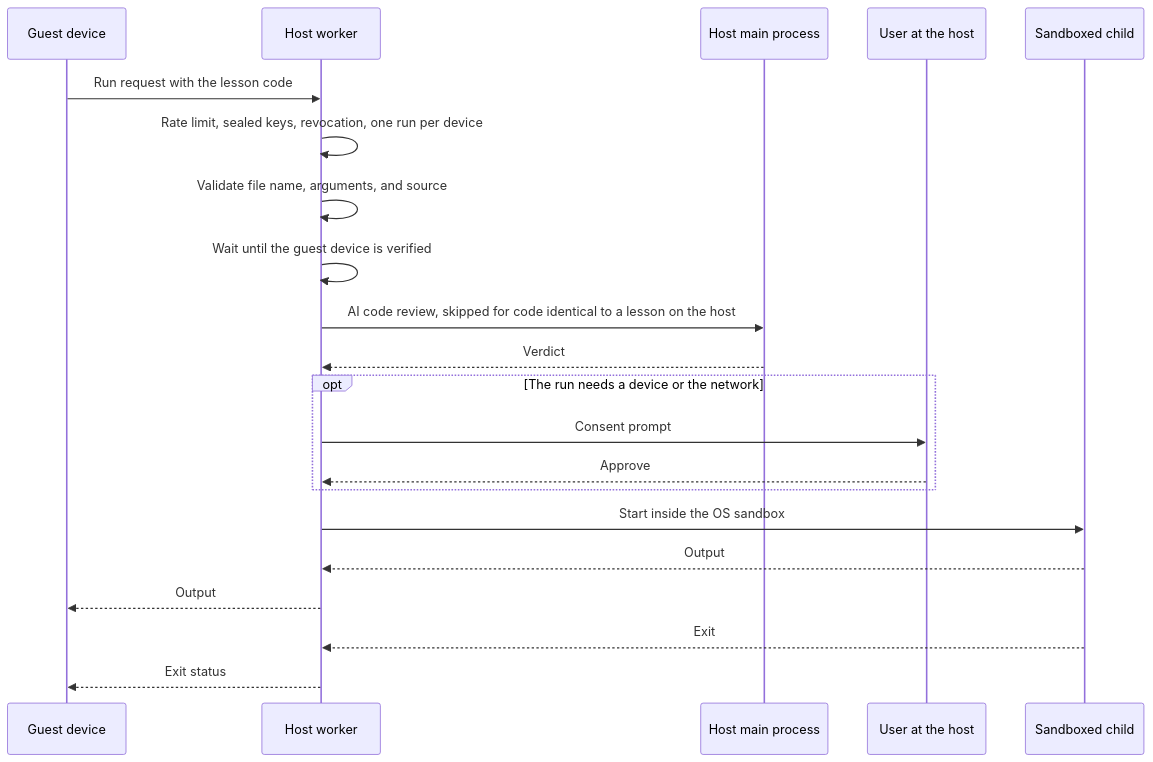
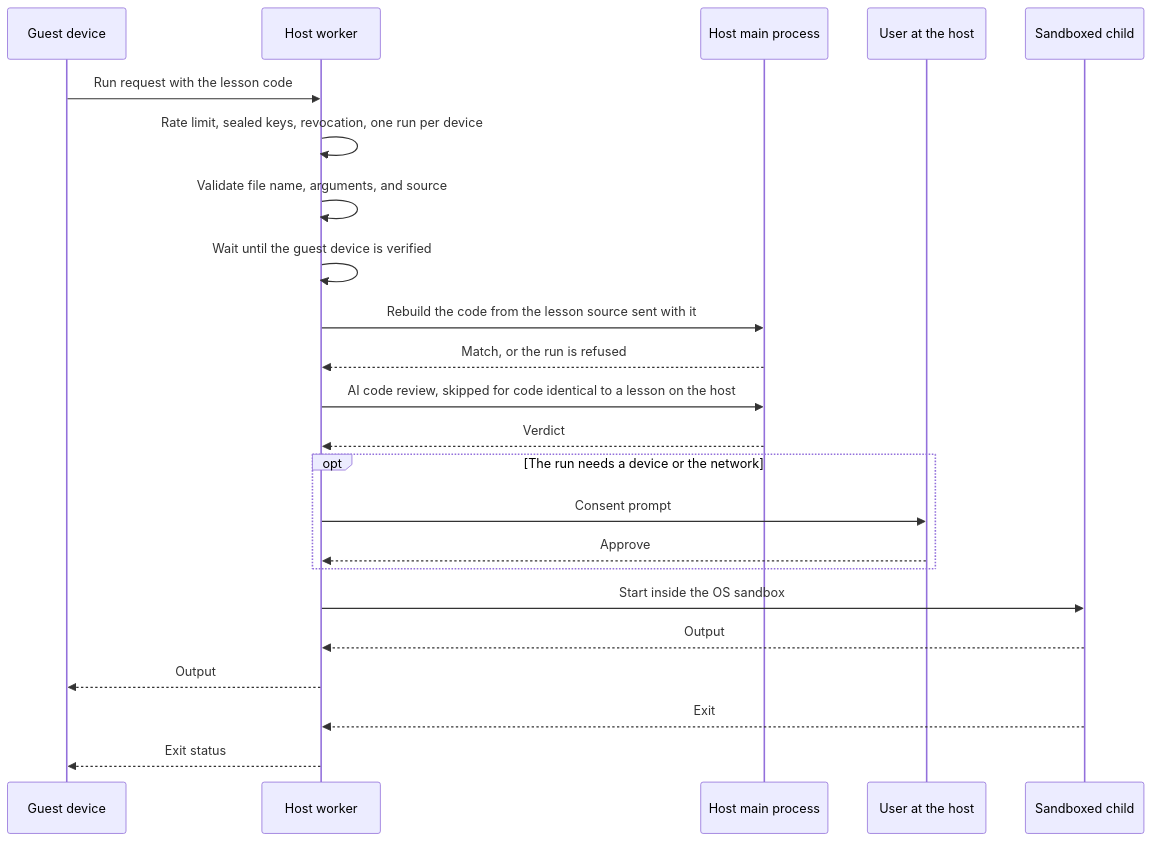
One commit to thisonedev/p2p-academy changed the third of 3 diagrams in docs/architecture/ARCHITECTURE.md. Above: the diagram before and after it, drawn with Mermaid. The commit also changed other lines of this file and 37 other files, not shown here.

````diff
--- a/docs/architecture/ARCHITECTURE.md
+++ b/docs/architecture/ARCHITECTURE.md
@@ -107,23 +107,25 @@
 ```mermaid
 sequenceDiagram
     participant G as Guest device
     participant H as Host worker
     participant M as Host main process
     participant U as User at the host
     participant C as Sandboxed child
     G->>H: Run request with the lesson code
     H->>H: Rate limit, sealed keys, revocation, one run per device
     H->>H: Validate file name, arguments, and source
     H->>H: Wait until the guest device is verified
+    H->>M: Rebuild the code from the lesson source sent with it
+    M-->>H: Match, or the run is refused
     H->>M: AI code review, skipped for code identical to a lesson on the host
     M-->>H: Verdict
     opt The run needs a device or the network
         H->>U: Consent prompt
         U-->>H: Approve
     end
     H->>C: Start inside the OS sandbox
     C-->>H: Output
     H-->>G: Output
     C-->>H: Exit
     H-->>G: Exit status
 ```
````
